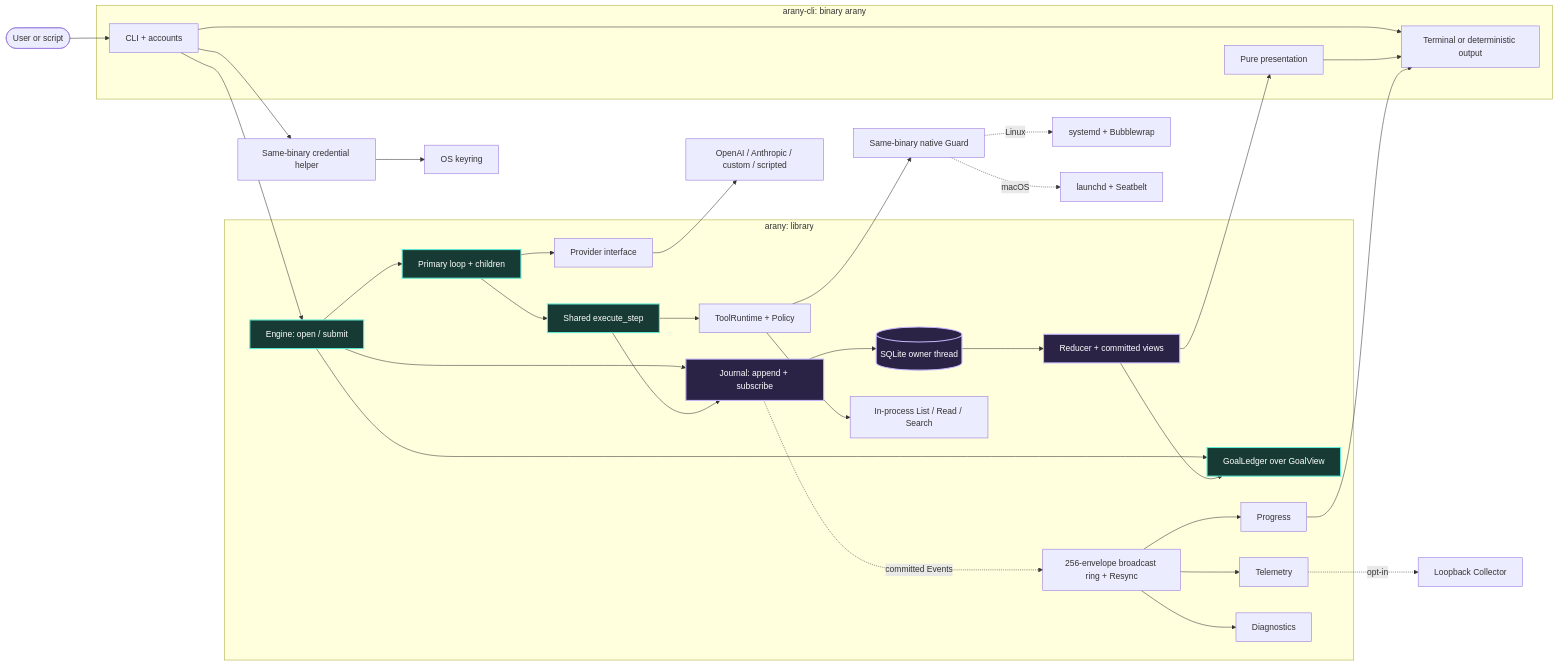
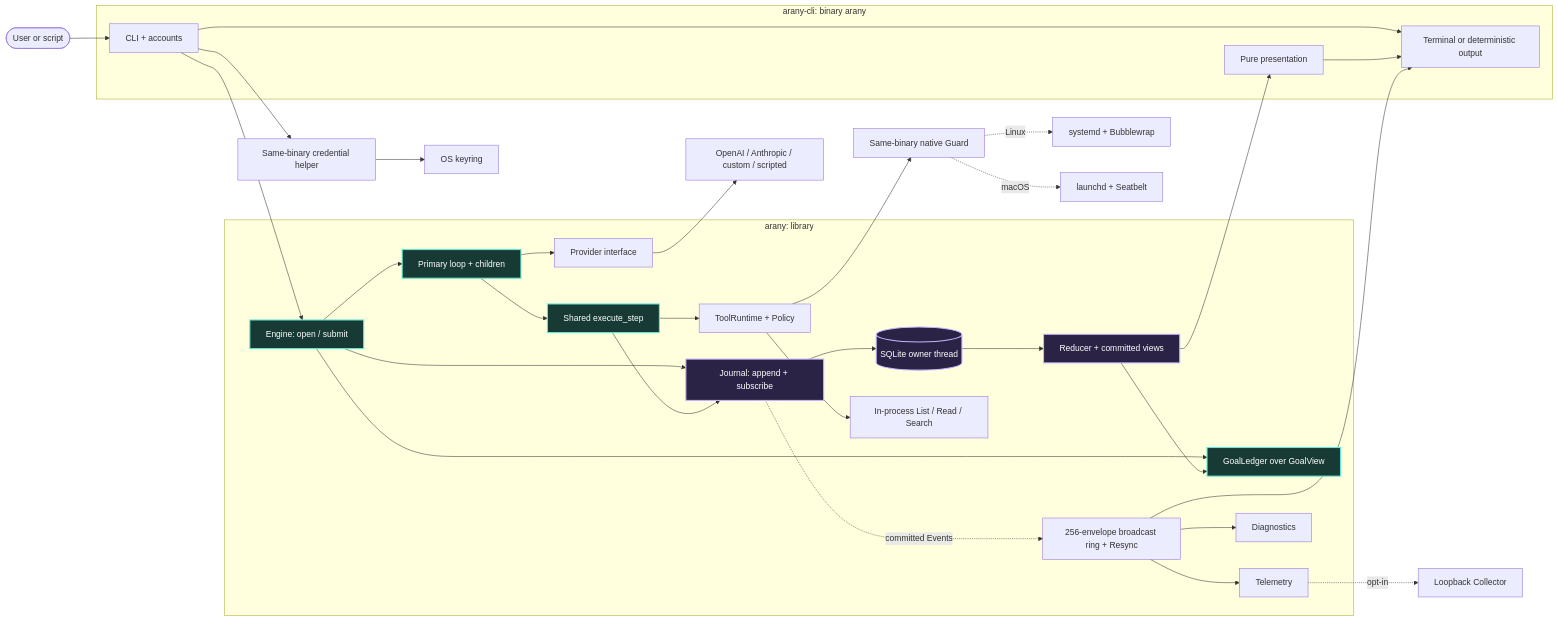
One commit to fpmirabile/arany changed the diagram in docs/architecture/system-overview.md. Above: the diagram before and after it, drawn with Mermaid. The commit also changed other lines of this file and 16 other files, not shown here.

````diff
--- a/docs/architecture/system-overview.md
+++ b/docs/architecture/system-overview.md
@@ -74,43 +74,42 @@
 ```mermaid
 flowchart LR
     User([User or script]) --> CLI[CLI + accounts]
 
     subgraph Edge[arany-cli: binary arany]
         CLI --> Terminal[Terminal or deterministic output]
         Presentation[Pure presentation] --> Terminal
     end
 
     subgraph Harness[arany: library]
         CLI --> Engine[Engine: open / submit]
         Engine --> Loop[Primary loop + children]
         Engine --> Ledger[GoalLedger over GoalView]
         Loop --> Step[Shared execute_step]
         Loop --> Provider[Provider interface]
         Step --> Tools[ToolRuntime + Policy]
         Engine --> Journal[Journal: append + subscribe]
         Step --> Journal
         Journal --> Store[(SQLite owner thread)]
         Store --> Views[Reducer + committed views]
         Views --> Ledger
         Views --> Presentation
         Journal -. committed Events .-> Tap[256-envelope broadcast ring + Resync]
-        Tap --> Progress[Progress]
+        Tap --> Terminal
         Tap --> OTLP[Telemetry]
         Tap --> Diagnostics[Diagnostics]
-        Progress --> Terminal
         Tools --> Reads[In-process List / Read / Search]
     end
 
     Provider --> Adapters[OpenAI / Anthropic / custom / scripted]
     Tools --> Guard[Same-binary native Guard]
     Guard -. Linux .-> Systemd[systemd + Bubblewrap]
     Guard -. macOS .-> Launchd[launchd + Seatbelt]
     OTLP -. opt-in .-> Collector[Loopback Collector]
     CLI --> CredentialHelper[Same-binary credential helper]
     CredentialHelper --> Keyring[OS keyring]
 
     classDef deep fill:#173b34,color:#fff,stroke:#5eead4,stroke-width:2px;
     classDef canonical fill:#2b2346,color:#fff,stroke:#c4b5fd,stroke-width:2px;
     class Engine,Loop,Ledger,Step deep;
     class Journal,Store,Views canonical;
 ```
````
